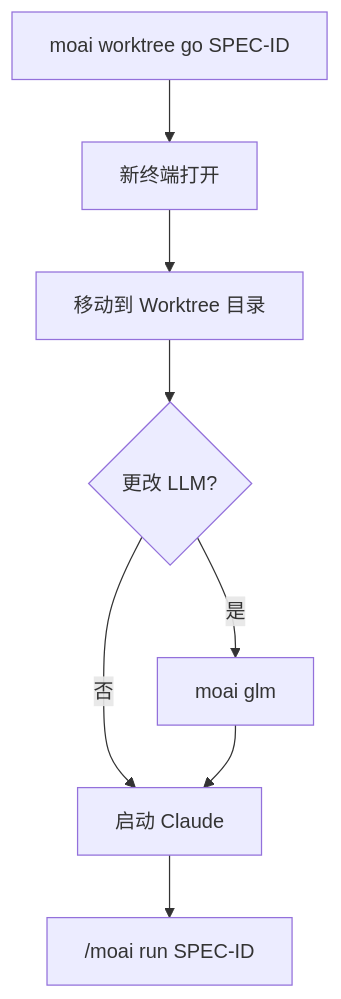
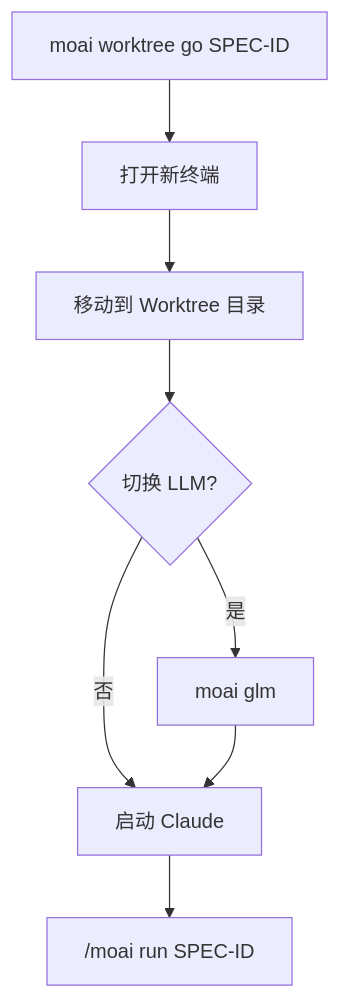
One commit to modu-ai/moai-adk changed the third of 9 diagrams in docs-site/content/zh/worktree/faq.md. Above: the diagram before and after it, drawn with Mermaid. The commit also changed other lines of this file and 395 other files, not shown here.

````diff
--- a/docs-site/content/zh/worktree/faq.md
+++ b/docs-site/content/zh/worktree/faq.md
@@ -135,10 +135,10 @@
 ```mermaid
 flowchart TD
-    A[moai worktree go SPEC-ID] --> B[新终端打开]
+    A[moai worktree go SPEC-ID] --> B[打开新终端]
     B --> C[移动到 Worktree 目录]
-    C --> D{更改 LLM?}
+    C --> D{切换 LLM?}
     D -->|是| E[moai glm]
     D -->|否| F[启动 Claude]
     E --> F
     F --> G["/moai run SPEC-ID"]
 ```
````
